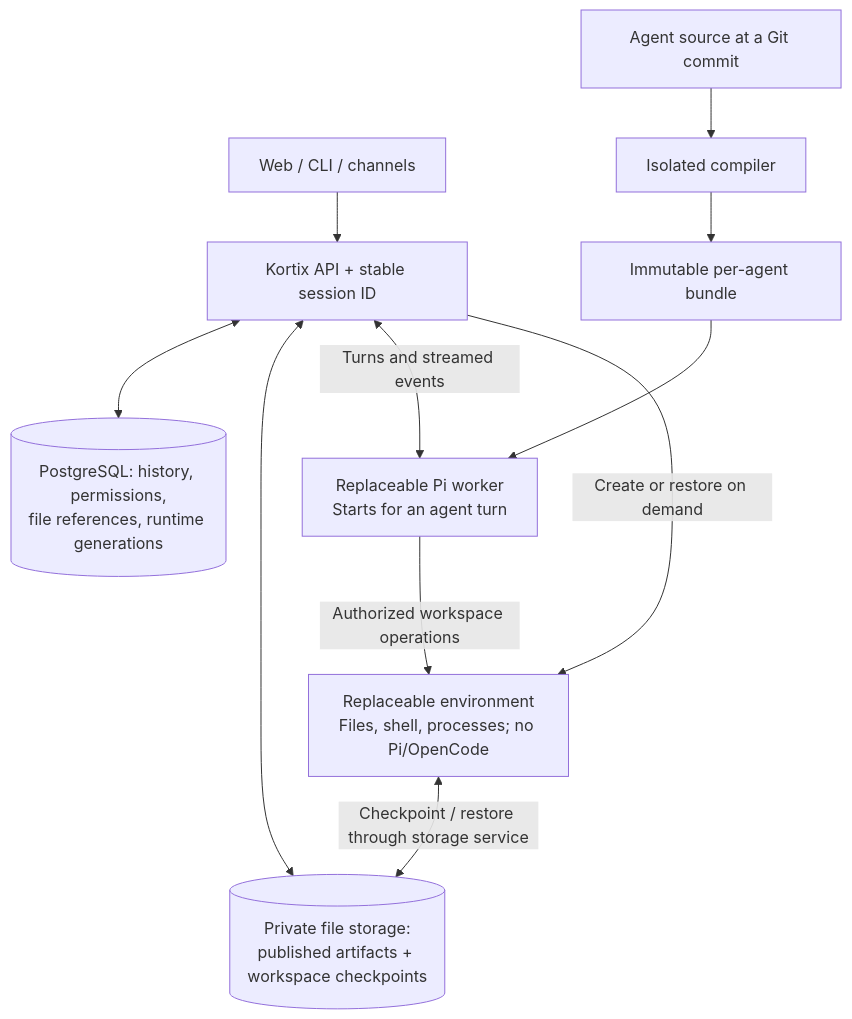
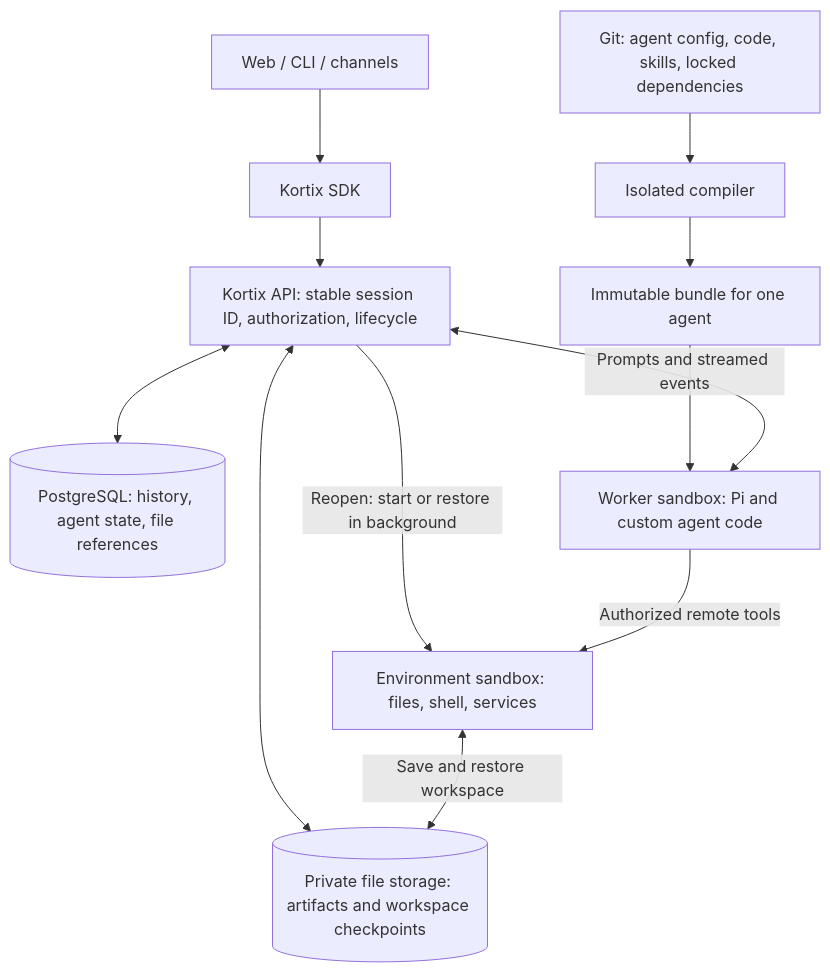
Before and after one commit to kortix-ai/suna: the diagram in docs/AGENT_RUNTIME_REQUIREMENTS.md, drawn with Mermaid. The commit also changed other lines of this file and 1 other file, not shown here.

Commit message:
docs(pi): simplify runtime plan and define seven-day environment recovery

````diff
--- a/docs/AGENT_RUNTIME_REQUIREMENTS.md
+++ b/docs/AGENT_RUNTIME_REQUIREMENTS.md
@@ -52,13 +30,14 @@
 ```mermaid
 flowchart TB
-    UI["Web / CLI / channels"] --> API["Kortix API + stable session ID"]
-    API <--> DB[("PostgreSQL: history, permissions,<br/>file references, runtime generations")]
-    API <--> FILES[("Private file storage:<br/>published artifacts + workspace checkpoints")]
-    GIT["Agent source at a Git commit"] --> BUILD["Isolated compiler"]
-    BUILD --> BUNDLE["Immutable per-agent bundle"]
-    BUNDLE --> W["Replaceable Pi worker<br/>Starts for an agent turn"]
-    API <-->|"Turns and streamed events"| W
-    W -->|"Authorized workspace operations"| E["Replaceable environment<br/>Files, shell, processes; no Pi/OpenCode"]
-    API -->|"Create or restore on demand"| E
-    E <-->|"Checkpoint / restore through storage service"| FILES
+    SRC["Git: agent config, code, skills, locked dependencies"] --> BUILD["Isolated compiler"]
+    BUILD --> BUNDLE["Immutable bundle for one agent"]
+    CLIENT["Web / CLI / channels"] --> SDK["Kortix SDK"]
+    SDK --> API["Kortix API: stable session ID, authorization, lifecycle"]
+    API <--> DB[("PostgreSQL: history, agent state, file references")]
+    API <--> STORE[("Private file storage: artifacts and workspace checkpoints")]
+    BUNDLE --> WORKER["Worker sandbox: Pi and custom agent code"]
+    API <-->|"Prompts and streamed events"| WORKER
+    API -->|"Reopen: start or restore in background"| ENV["Environment sandbox: files, shell, services"]
+    WORKER -->|"Authorized remote tools"| ENV
+    ENV <-->|"Save and restore workspace"| STORE
 ```
````
